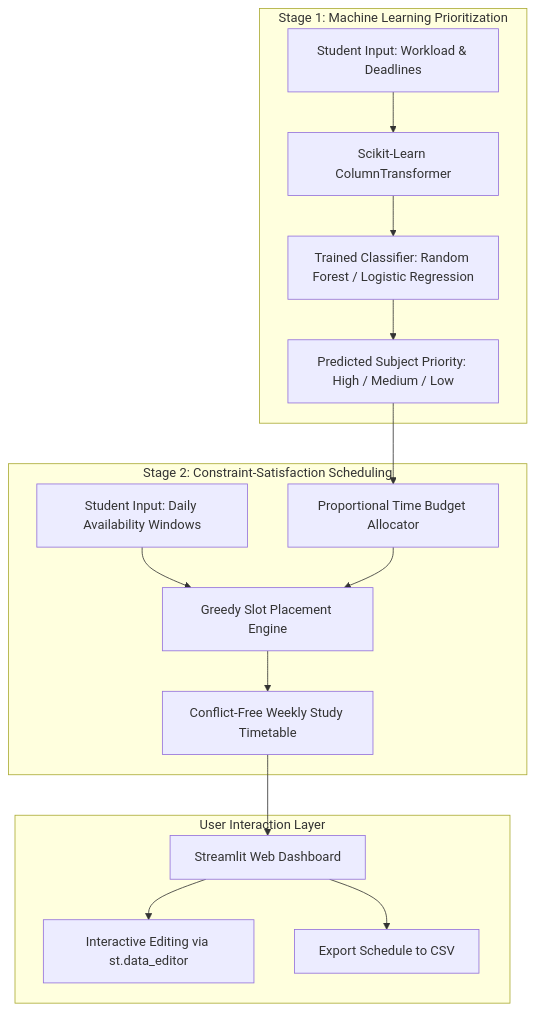
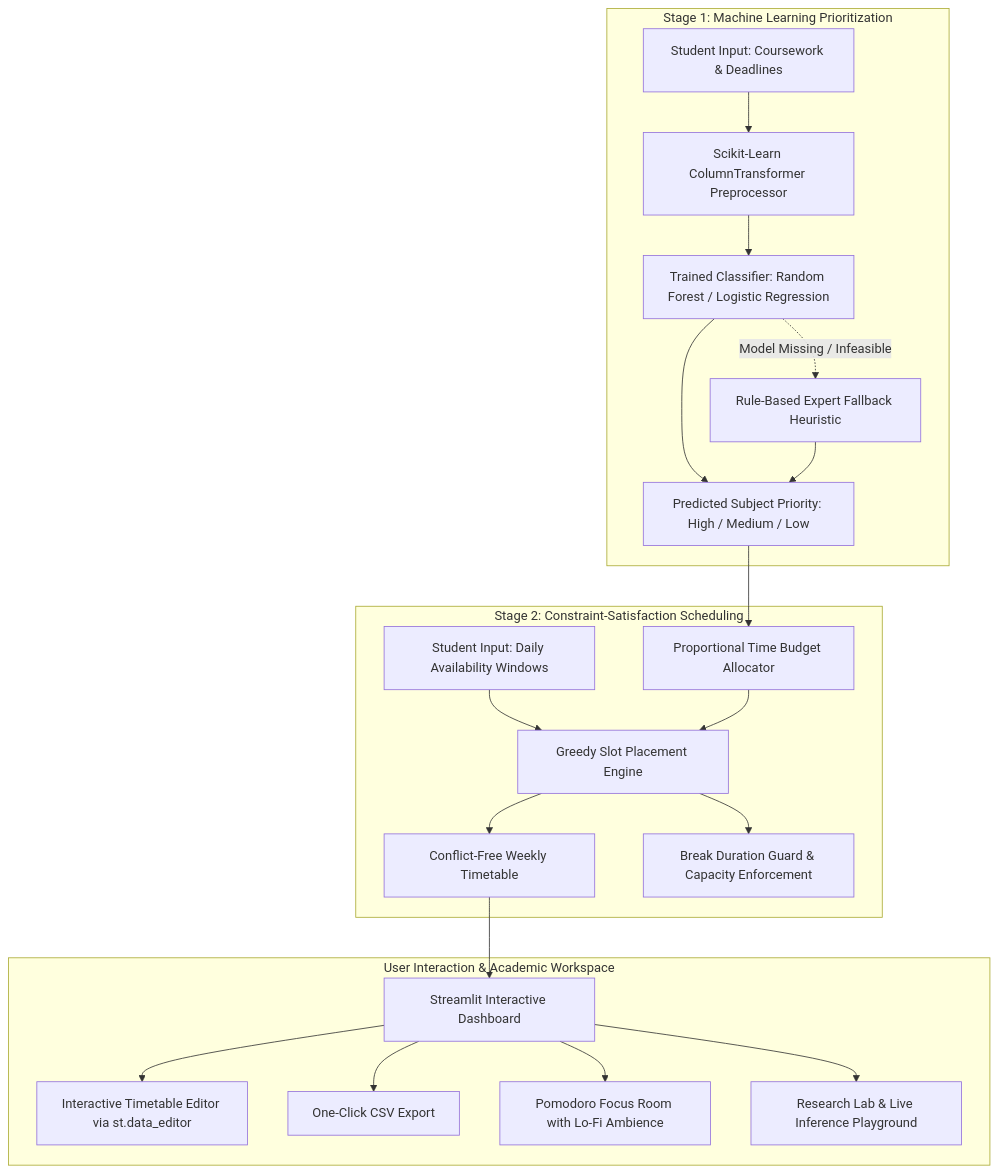
Before and after one commit to ShajahanImdaad53/AcademicResearch: the diagram in README.md, drawn with Mermaid. The commit also changed other lines of this file and 74 other files, not shown here.

Commit message:
feat: complete StudyBloom AI study recommendation system with 3D artworks, full documentation and Streamlit app

````diff
--- a/README.md
+++ b/README.md
@@ -23,21 +36,26 @@
 ```mermaid
 flowchart TD
     subgraph Stage 1: Machine Learning Prioritization
-        A[Student Input: Workload & Deadlines] --> B[Scikit-Learn ColumnTransformer]
+        A[Student Input: Coursework & Deadlines] --> B[Scikit-Learn ColumnTransformer Preprocessor]
         B --> C[Trained Classifier: Random Forest / Logistic Regression]
         C --> D[Predicted Subject Priority: High / Medium / Low]
+        C -.->|Model Missing / Infeasible| D_fallback[Rule-Based Expert Fallback Heuristic]
+        D_fallback --> D
     end
 
     subgraph Stage 2: Constraint-Satisfaction Scheduling
         D --> E[Proportional Time Budget Allocator]
         F[Student Input: Daily Availability Windows] --> G[Greedy Slot Placement Engine]
         E --> G
-        G --> H[Conflict-Free Weekly Study Timetable]
+        G --> H[Conflict-Free Weekly Timetable]
+        G --> I[Break Duration Guard & Capacity Enforcement]
     end
 
-    subgraph User Interaction Layer
-        H --> I[Streamlit Web Dashboard]
-        I --> J[Interactive Editing via st.data_editor]
-        I --> K[Export Schedule to CSV]
+    subgraph User Interaction & Academic Workspace
+        H --> J[Streamlit Interactive Dashboard]
+        J --> K[Interactive Timetable Editor via st.data_editor]
+        J --> L[One-Click CSV Export]
+        J --> M[Pomodoro Focus Room with Lo-Fi Ambience]
+        J --> N[Research Lab & Live Inference Playground]
     end
 ```
````
